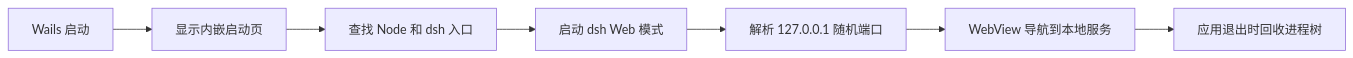
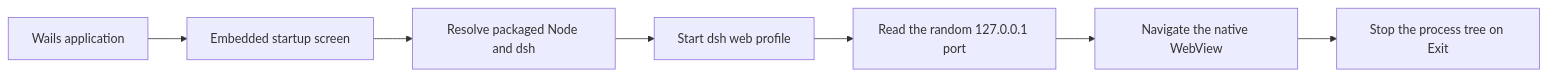
Before and after one commit to lunarroute26/deepseek-harness-shell: the diagram in README.md, drawn with Mermaid. The commit also changed other lines of this file and 12 other files, not shown here.

````diff
--- a/README.md
+++ b/README.md
@@ -46,9 +100,9 @@
 ```mermaid
 flowchart LR
-    A[Wails 启动] --> B[显示内嵌启动页]
-    B --> C[查找 Node 和 dsh 入口]
-    C --> D[启动 dsh Web 模式]
-    D --> E[解析 127.0.0.1 随机端口]
-    E --> F[WebView 导航到本地服务]
-    F --> G[应用退出时回收进程树]
+    A[Wails application] --> B[Embedded startup screen]
+    B --> C[Resolve packaged Node and dsh]
+    C --> D[Start dsh web profile]
+    D --> E[Read the random 127.0.0.1 port]
+    E --> F[Navigate the native WebView]
+    F --> G[Stop the process tree on Exit]
 ```
````
